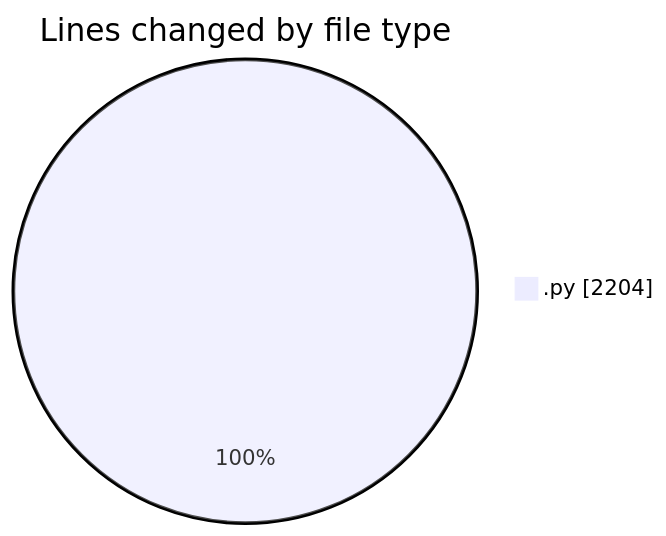
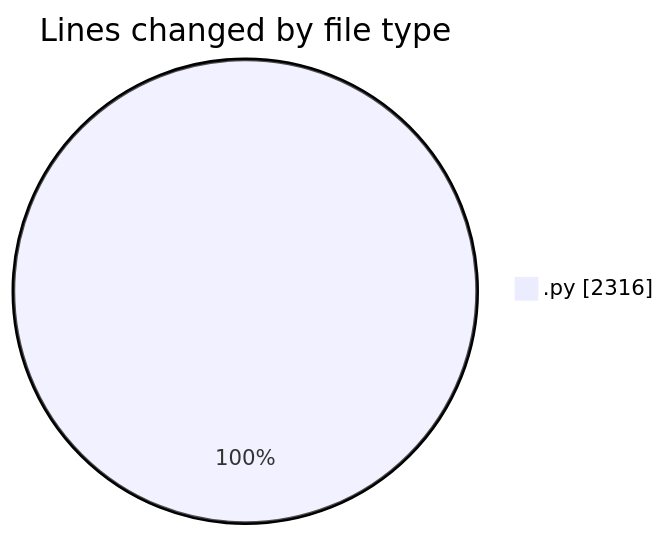
One commit to Unknowalive/code-tracking changed the first of 2 diagrams in 2026-04-02/ai-programming-assignment-4/README.md. Above: the diagram before and after it, drawn with Mermaid. The commit also changed other lines of this file and 1 other file, not shown here.

````diff
--- a/2026-04-02/ai-programming-assignment-4/README.md
+++ b/2026-04-02/ai-programming-assignment-4/README.md
@@ -29,5 +30,5 @@
 ```mermaid
 pie showData
 title Lines changed by file type
-".py" : 2204
+".py" : 2316
 ```
````
